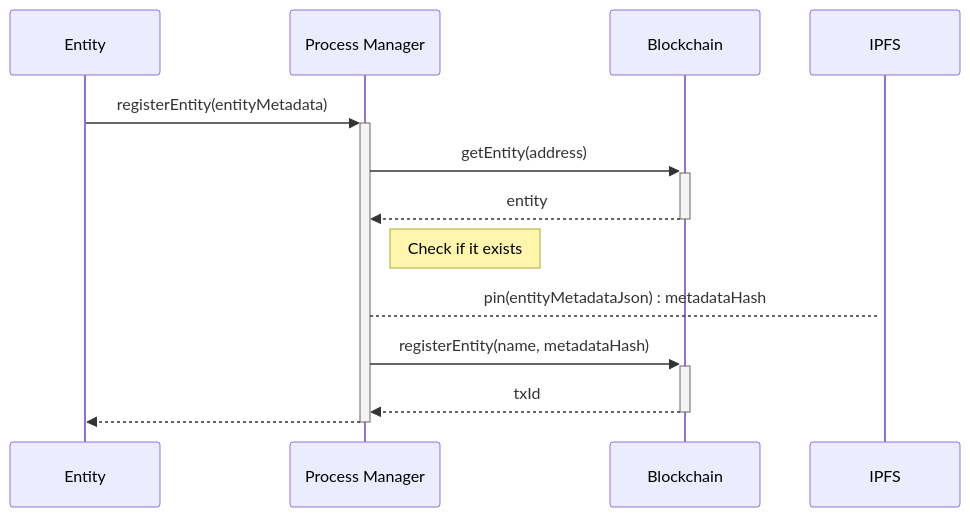
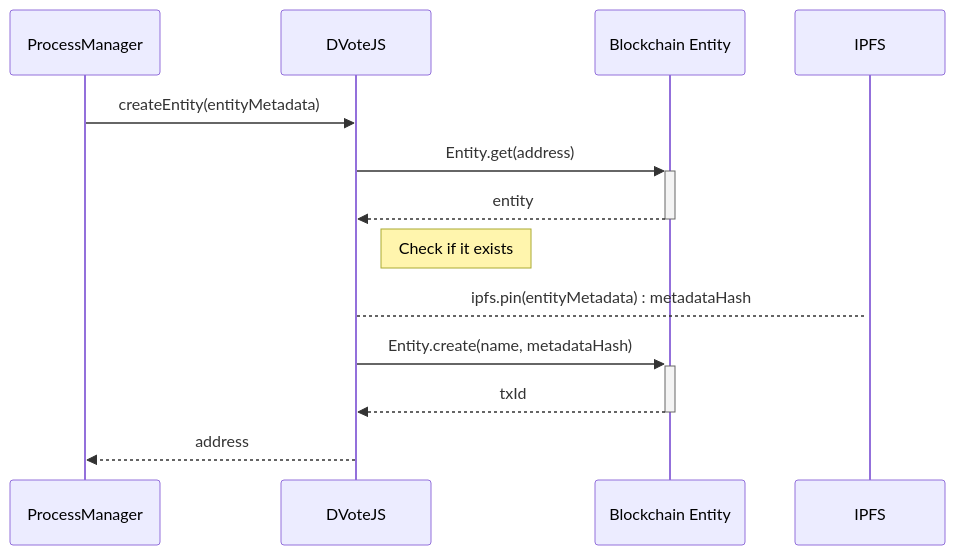
The third of 4 diagrams in docs/protocol/sequence-diagrams.md (vocdoni/docs), drawn with Mermaid before and after one commit. The commit also changed other lines of this file and 2 other files, not shown here.

````diff
--- a/docs/protocol/sequence-diagrams.md
+++ b/docs/protocol/sequence-diagrams.md
@@ -23,11 +23,16 @@
 ```mermaid
 sequenceDiagram
-    Entity->>+Process Manager: registerEntity(entityMetadata)
-    Process Manager->>+Blockchain: getEntity(address)
-    Blockchain-->>-Process Manager: entity
-    Note right of Process Manager: Check if it exists
-    Process Manager-->+IPFS: pin(entityMetadataJson) : metadataHash
-    Process Manager->>+Blockchain: registerEntity(name, metadataHash)
-    Blockchain-->>-Process Manager: txId
-    Process Manager-->>-Entity: 
+    ProcessManager->>DVoteJS: createEntity(entityMetadata)
+
+    DVoteJS->>+Blockchain Entity: Entity.get(address)
+    Blockchain Entity-->>-DVoteJS: entity
+
+    Note right of DVoteJS: Check if it exists
+    
+    DVoteJS-->+IPFS: ipfs.pin(entityMetadata) : metadataHash
+
+    DVoteJS->>+Blockchain Entity: Entity.create(name, metadataHash)
+    Blockchain Entity-->>-DVoteJS: txId
+
+    DVoteJS-->>ProcessManager: address
 ```
````
